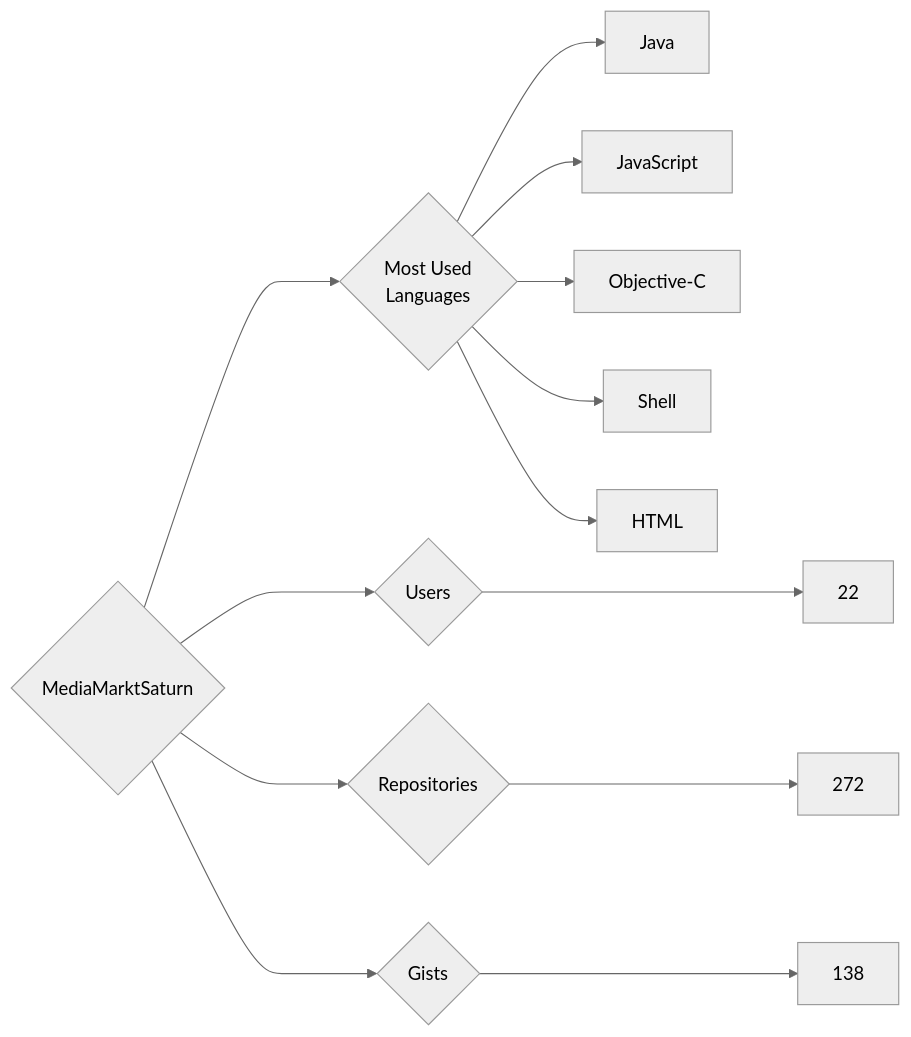
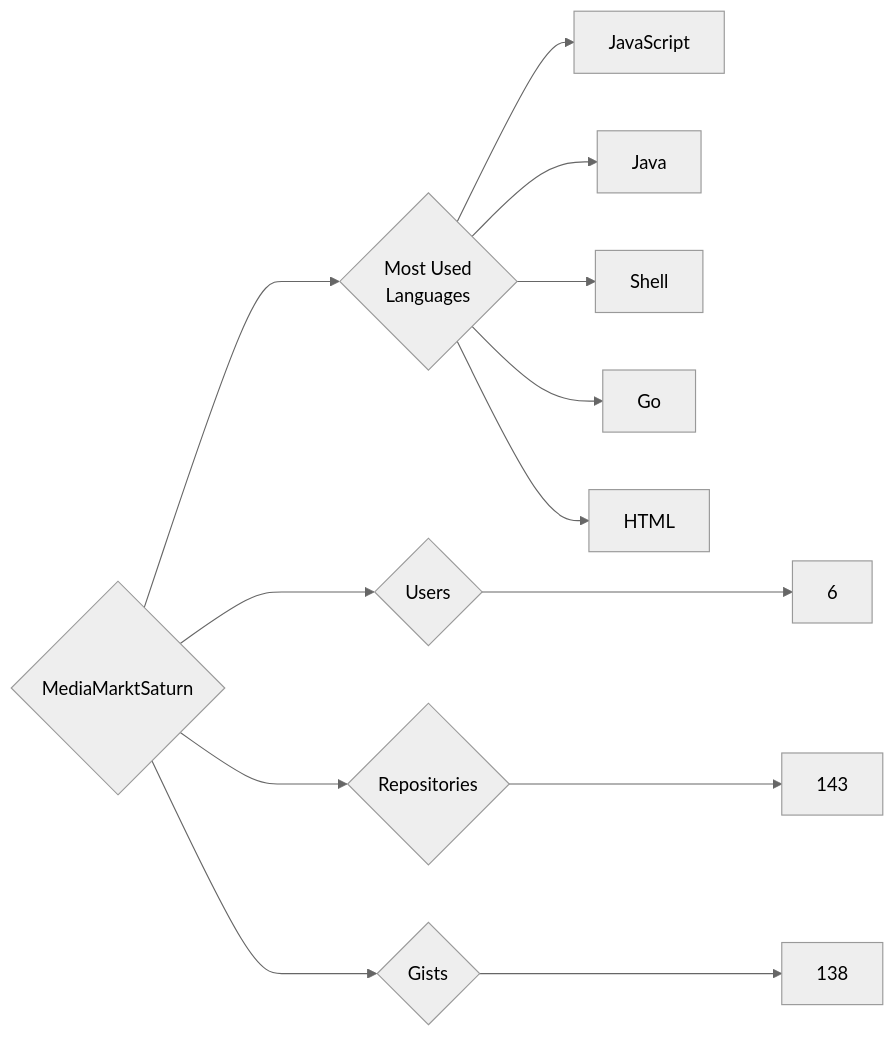
The diagram in targets/MediaMarktSaturn/README.md (trickest/insiders), drawn with Mermaid (neutral theme) before and after one commit. The commit also changed 833 other files, not shown here.

````diff
--- a/targets/MediaMarktSaturn/README.md
+++ b/targets/MediaMarktSaturn/README.md
@@ -3,13 +3,13 @@
 ```mermaid
 graph LR
 COMPANY_NAME{MediaMarktSaturn}
-COMPANY_NAME ---> U{Users} ---> UN[22]
-COMPANY_NAME ---> R{Repositories} ---> RN[272]
+COMPANY_NAME ---> U{Users} ---> UN[6]
+COMPANY_NAME ---> R{Repositories} ---> RN[143]
 COMPANY_NAME ---> G{Gists} ---> GN[138]
 COMPANY_NAME ---> ML{Most Used<br>Languages}
+ML --> JavaScript[JavaScript]
 ML --> Java[Java]
-ML --> JavaScript[JavaScript]
-ML --> Objective-C[Objective-C]
 ML --> Shell[Shell]
+ML --> Go[Go]
 ML --> HTML[HTML]
 ```
````
